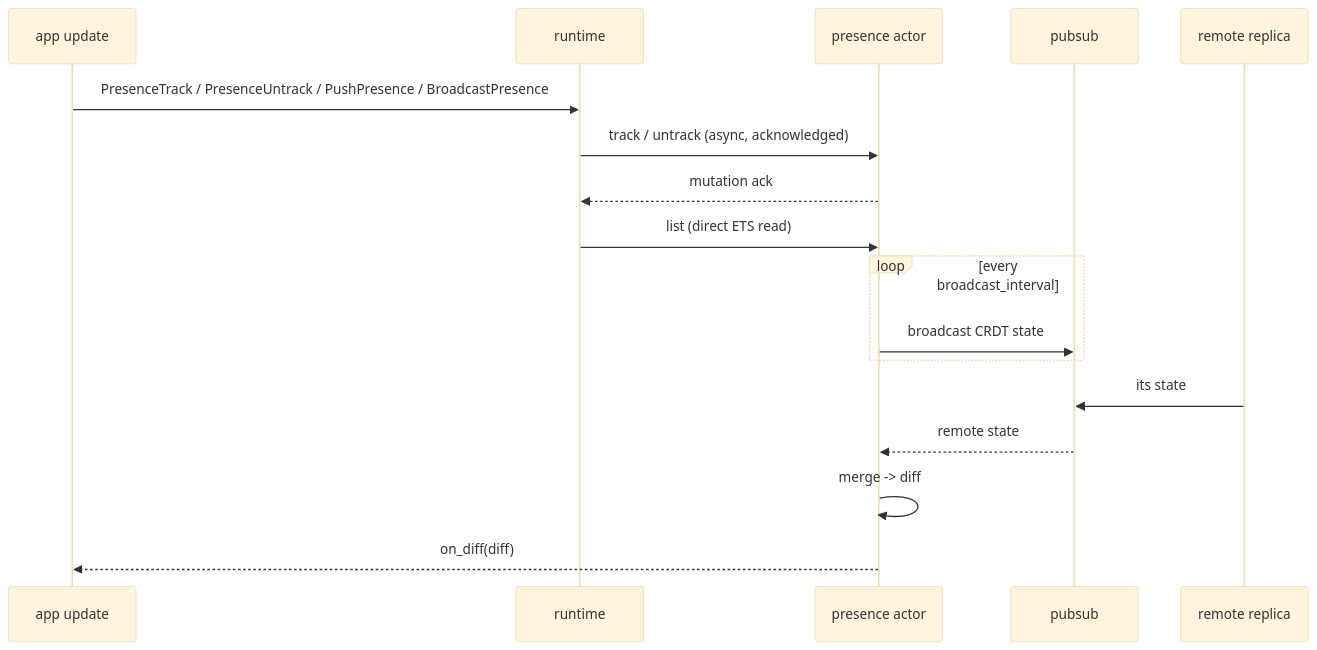
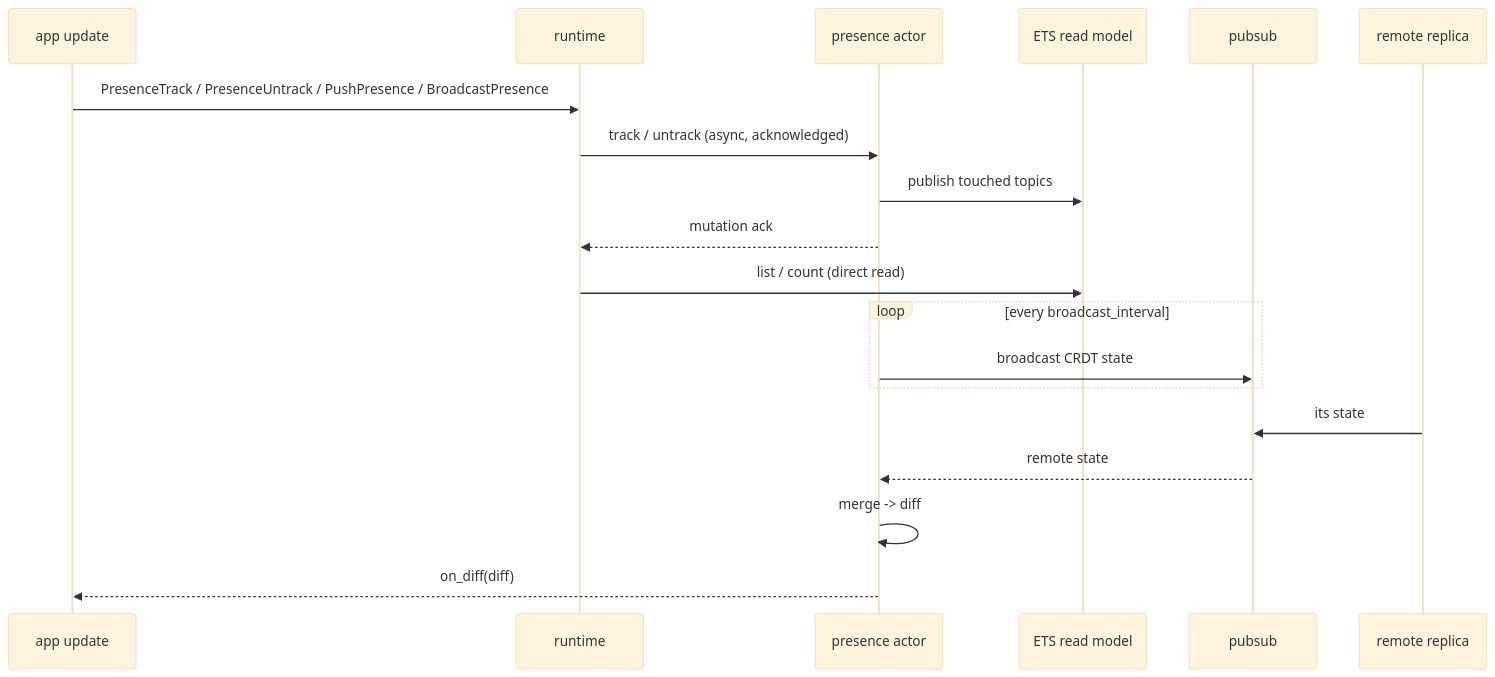
Before and after one commit to tylerbutler/beryl: the diagram in website/src/content/docs/architecture/presence.md, drawn with Mermaid (base theme). The commit also changed other lines of this file and 9 other files, not shown here.

````diff
--- a/website/src/content/docs/architecture/presence.md
+++ b/website/src/content/docs/architecture/presence.md
@@ -80,19 +91,21 @@
 ```mermaid
 sequenceDiagram
   participant App as app update
   participant Runtime as runtime
   participant Pres as presence actor
+  participant Read as ETS read model
   participant PS as pubsub
   participant Remote as remote replica
   App->>Runtime: PresenceTrack / PresenceUntrack / PushPresence / BroadcastPresence
   Runtime->>Pres: track / untrack (async, acknowledged)
+  Pres->>Read: publish touched topics
   Pres-->>Runtime: mutation ack
-  Runtime->>Pres: list (direct ETS read)
+  Runtime->>Read: list / count (direct read)
   loop every broadcast_interval
     Pres->>PS: broadcast CRDT state
   end
   Remote->>PS: its state
   PS-->>Pres: remote state
   Pres->>Pres: merge -> diff
   Pres-->>App: on_diff(diff)
 ```
````
